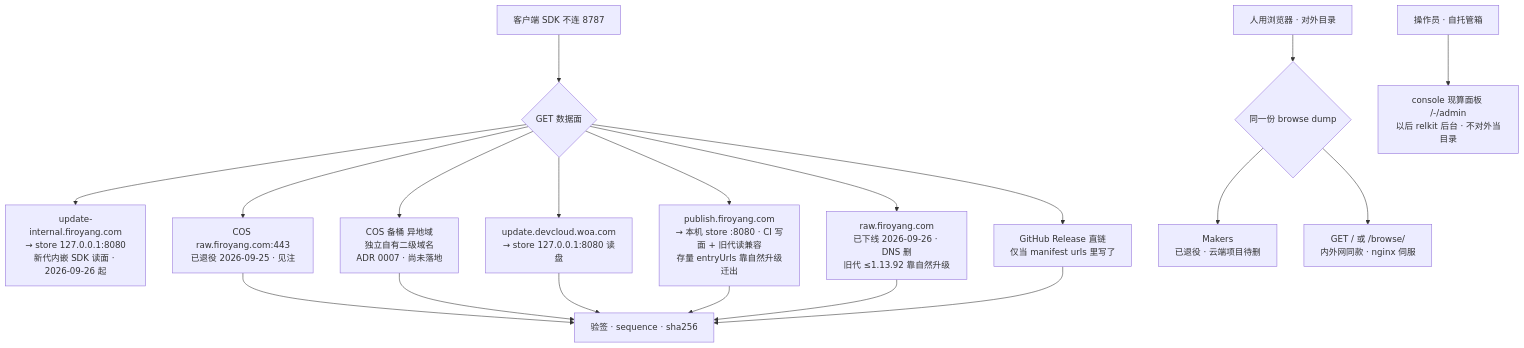
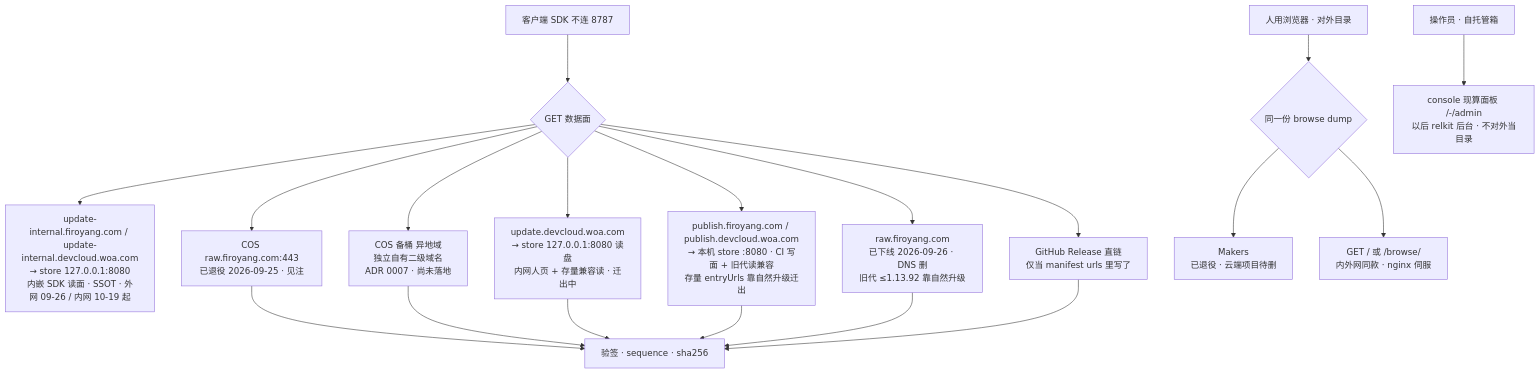
One commit to shichao402/relkit changed the second of 2 diagrams in docs/design/publish-topology.md. Above: the diagram before and after it, drawn with Mermaid. The commit also changed other lines of this file and 5 other files, not shown here.

````diff
--- a/docs/design/publish-topology.md
+++ b/docs/design/publish-topology.md
@@ -95,23 +95,23 @@
 ```mermaid
 flowchart TB
   sdk["客户端 SDK 不连 8787"] --> get{"GET 数据面"}
-  get --> intGet["update-internal.firoyang.com<br/>→ store 127.0.0.1:8080<br/>新代内嵌 SDK 读面 · 2026-09-26 起"]
+  get --> intGet["update-internal.firoyang.com / update-internal.devcloud.woa.com<br/>→ store 127.0.0.1:8080<br/>内嵌 SDK 读面 · SSOT · 外网 09-26 / 内网 10-19 起"]
   get --> cosGet["COS raw.firoyang.com:443<br/>已退役 2026-09-25 · 见注"]
   get --> cosBackup["COS 备桶 异地域<br/>独立自有二级域名<br/>ADR 0007 · 尚未落地"]
-  get --> woaGet["update.devcloud.woa.com<br/>→ store 127.0.0.1:8080 读盘"]
-  get --> pubGet["publish.firoyang.com<br/>→ 本机 store :8080 · CI 写面 + 旧代读兼容<br/>存量 entryUrls 靠自然升级迁出"]
+  get --> woaGet["update.devcloud.woa.com<br/>→ store 127.0.0.1:8080 读盘<br/>内网人页 + 存量兼容读 · 迁出中"]
+  get --> pubGet["publish.firoyang.com / publish.devcloud.woa.com<br/>→ 本机 store :8080 · CI 写面 + 旧代读兼容<br/>存量 entryUrls 靠自然升级迁出"]
   get --> rawCompat["raw.firoyang.com<br/>已下线 2026-09-26 · DNS 删<br/>旧代 ≤1.13.92 靠自然升级"]
   get --> relGet["GitHub Release 直链<br/>仅当 manifest urls 里写了"]
   cosGet --> verify["验签 · sequence · sha256"]
   cosBackup --> verify
   woaGet --> verify
   pubGet --> verify
   rawCompat --> verify
   relGet --> verify
 
   human["人用浏览器 · 对外目录"] --> site{"同一份 browse dump"}
   site --> makersGet["Makers<br/>已退役 · 云端项目待删"]
   site --> pages["GET / 或 /browse/<br/>内外网同款 · nginx 伺服"]
 
     ops["操作员 · 自托管箱"] --> panel["console 现算面板 /-/admin<br/>以后 relkit 后台 · 不对外当目录"]
 ```
````
